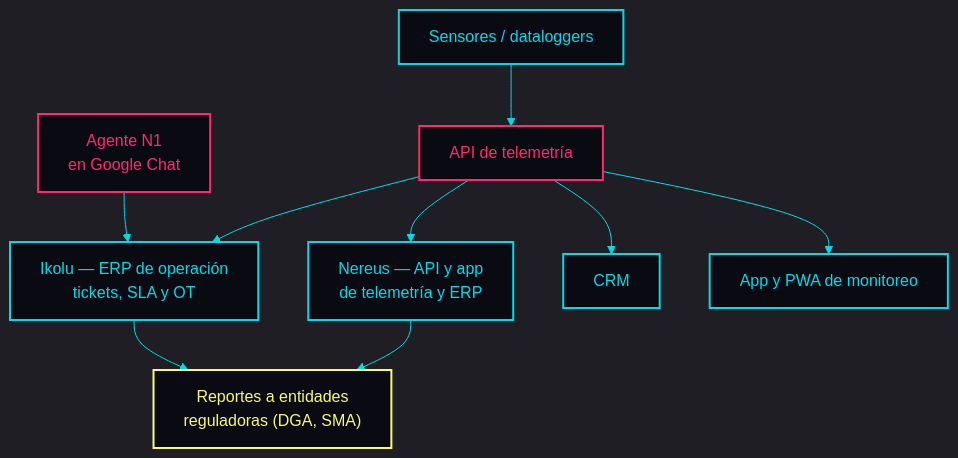
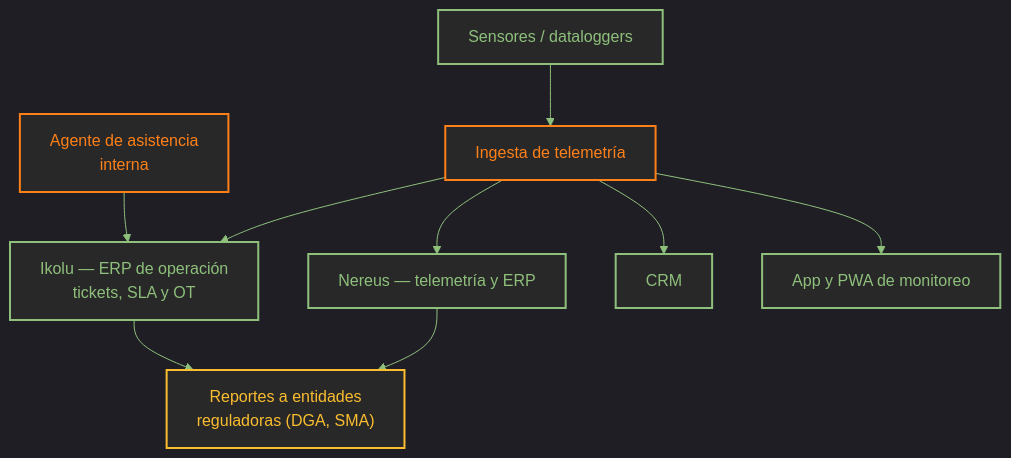
One commit to felipebarraza6/felipebarraza6 changed the third of 3 diagrams in README.md. Above: the diagram before and after it, drawn with Mermaid. The commit also changed other lines of this file and 1 other file, not shown here.

````diff
--- a/README.md
+++ b/README.md
@@ -96,20 +100,20 @@
 ```mermaid
-%%{init: {"theme":"dark","themeVariables":{"background":"#0A0A12","primaryTextColor":"#E6E6E6","lineColor":"#05d9e8","fontFamily":"monospace"}}}%%
+%%{init: {"theme":"dark","themeVariables":{"background":"#282828","primaryTextColor":"#ebdbb2","lineColor":"#8ec07c","fontFamily":"monospace"}}}%%
 flowchart TB
-  SHSEN["Sensores / dataloggers"] --> SHAPI["API de telemetría"]
-  SHAPI --> SHNER["Nereus — API y app<br/>de telemetría y ERP"]
-  SHAPI --> SHIKO["Ikolu — ERP de operación<br/>tickets, SLA y OT"]
-  SHAPI --> SHCRM["CRM"]
-  SHAPI --> SHMON["App y PWA de monitoreo"]
-  SHN1["Agente N1<br/>en Google Chat"] --> SHIKO
+  SHSEN["Sensores / dataloggers"] --> SHING["Ingesta de telemetría"]
+  SHING --> SHNER["Nereus — telemetría y ERP"]
+  SHING --> SHIKO["Ikolu — ERP de operación<br/>tickets, SLA y OT"]
+  SHING --> SHCRM["CRM"]
+  SHING --> SHMON["App y PWA de monitoreo"]
+  SHAST["Agente de asistencia<br/>interna"] --> SHIKO
   SHNER --> SHREG["Reportes a entidades<br/>reguladoras (DGA, SMA)"]
   SHIKO --> SHREG
-  classDef field fill:#0A0A12,stroke:#05D9E8,stroke-width:2px,color:#05D9E8
-  classDef core fill:#0A0A12,stroke:#FF2A6D,stroke-width:2px,color:#FF2A6D
-  classDef app fill:#0A0A12,stroke:#05D9E8,stroke-width:2px,color:#05D9E8
-  classDef gov fill:#0A0A12,stroke:#F9F871,stroke-width:2px,color:#F9F871
+  classDef field fill:#282828,stroke:#8ec07c,stroke-width:2px,color:#8ec07c
+  classDef core fill:#282828,stroke:#fe8019,stroke-width:2px,color:#fe8019
+  classDef app fill:#282828,stroke:#8ec07c,stroke-width:2px,color:#8ec07c
+  classDef gov fill:#282828,stroke:#fabd2f,stroke-width:2px,color:#fabd2f
   class SHSEN field
-  class SHAPI,SHN1 core
+  class SHING,SHAST core
   class SHNER,SHIKO,SHCRM,SHMON app
   class SHREG gov
 ```
````
